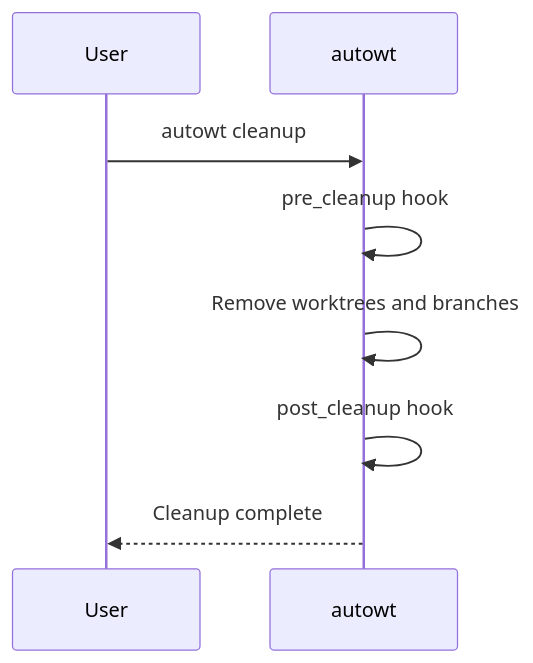
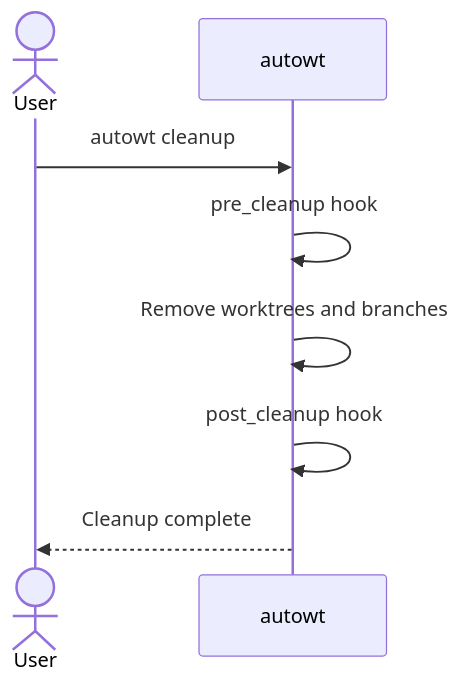
The third of 3 diagrams in docs/lifecyclehooks.md (irskep/autowt), drawn with Mermaid before and after one commit. The commit also changed other lines of this file, not shown here.

Commit message:
Aspiration lifecycle hooks diagram

````diff
--- a/docs/lifecyclehooks.md
+++ b/docs/lifecyclehooks.md
@@ -109,11 +112,11 @@
 ```mermaid
 sequenceDiagram
-    participant User
+    actor User
     participant autowt
 
     User->>autowt: autowt cleanup
     autowt->>autowt: pre_cleanup hook
     autowt->>autowt: Remove worktrees and branches
     autowt->>autowt: post_cleanup hook
     autowt-->>User: Cleanup complete
 ```
````
